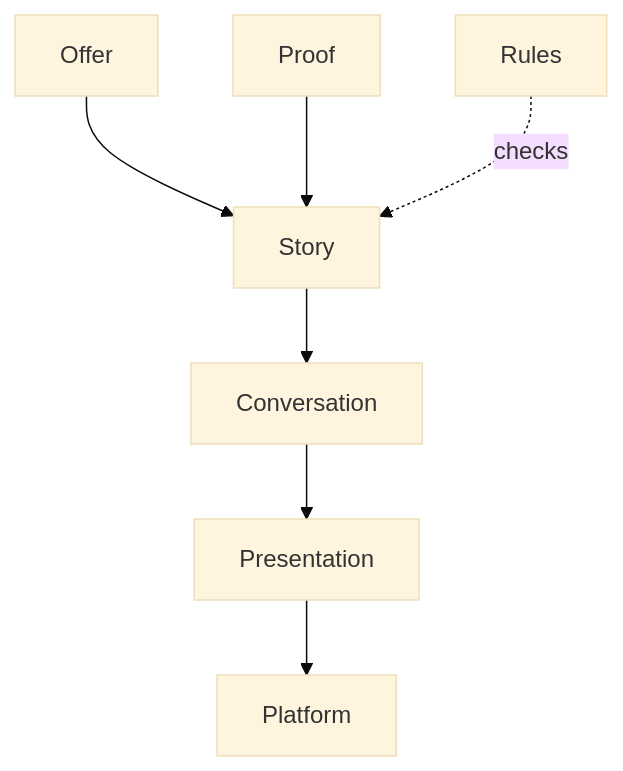
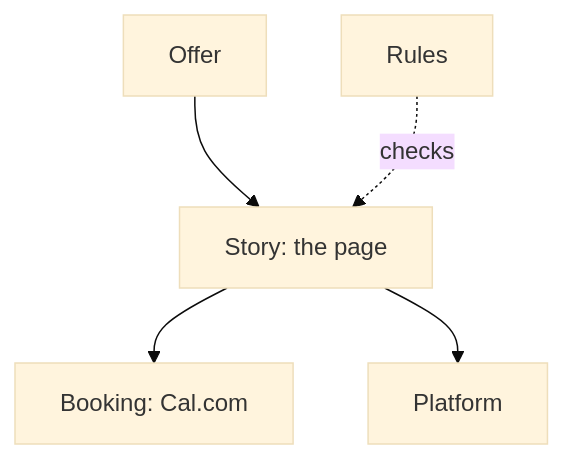
Before and after one commit to Rwb3n/rwb3n.github.io: the diagram in _model/current/domains.md, drawn with Mermaid (base theme). The commit also changed other lines of this file and 135 other files, not shown here.

````diff
--- a/_model/current/domains.md
+++ b/_model/current/domains.md
@@ -6,9 +6,7 @@
 ```mermaid
 flowchart TD
-  O[Offer] --> S[Story]
-  P[Proof] --> S
-  S --> C[Conversation]
-  C --> V[Presentation]
-  V --> X[Platform]
+  O[Offer] --> S[Story: the page]
+  S --> B[Booking: Cal.com]
   R[Rules] -.checks.-> S
+  S --> X[Platform]
 ```
````
